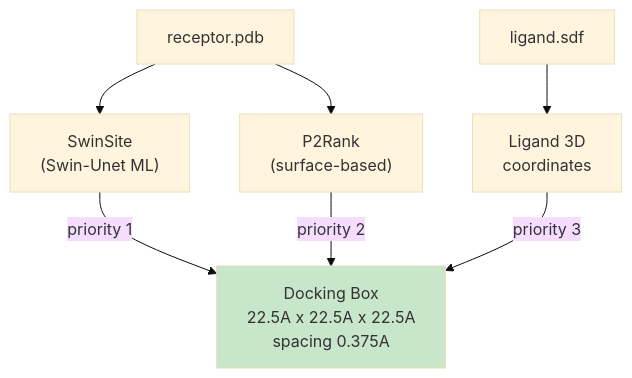
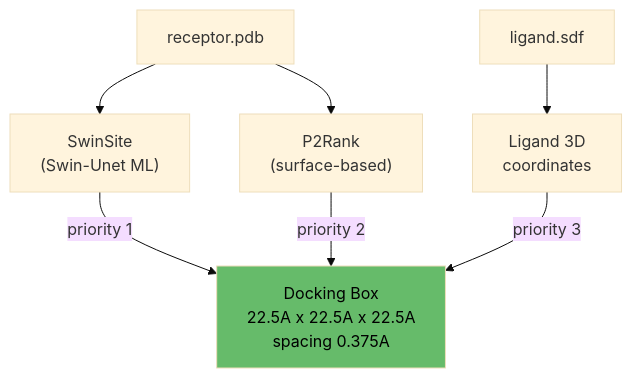
One commit to eightmm/mosaic-pl changed the tenth of 17 diagrams in docs/pipeline.md. Above: the diagram before and after it, drawn with Mermaid (base theme). The commit also changed other lines of this file, not shown here.

````diff
--- a/docs/pipeline.md
+++ b/docs/pipeline.md
@@ -259,12 +259,12 @@
 ```mermaid
 flowchart TB
     PDB["receptor.pdb"] --> SWIN["SwinSite\n(Swin-Unet ML)"]
     PDB --> P2R["P2Rank\n(surface-based)"]
     SDF["ligand.sdf"] --> FALLBACK["Ligand 3D\ncoordinates"]
 
     SWIN -->|"priority 1"| BOX["Docking Box\n22.5A x 22.5A x 22.5A\nspacing 0.375A"]
     P2R -->|"priority 2"| BOX
     FALLBACK -->|"priority 3"| BOX
 
-    style BOX fill:#c8e6c9
+    style BOX fill:#66bb6a,color:#000
 ```
````
